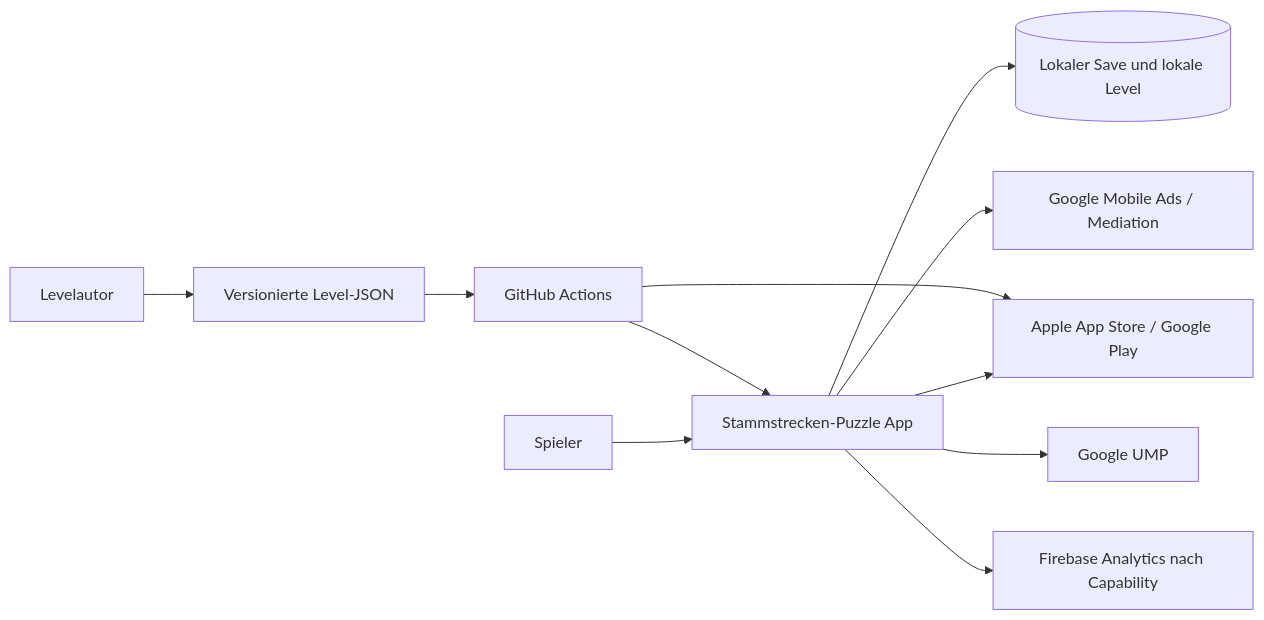
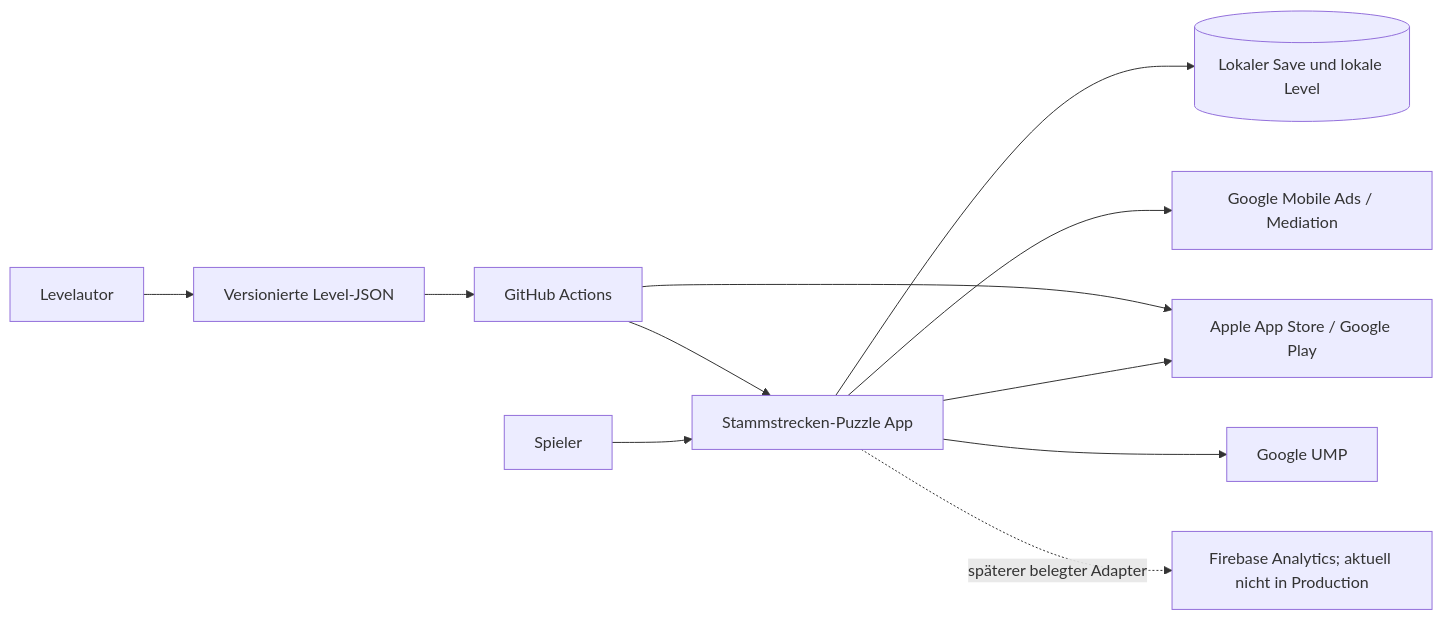
Before and after one commit to Al1l1l1l1l1/Stammstrecken-Puzzle: the diagram in ARCHITECTURE/ARCHITECTURE.md, drawn with Mermaid. The commit also changed other lines of this file and 37 other files, not shown here.

Commit message:
docs(architecture): close remaining review findings for v0.4

````diff
--- a/ARCHITECTURE/ARCHITECTURE.md
+++ b/ARCHITECTURE/ARCHITECTURE.md
@@ -32,13 +42,13 @@
 ```mermaid
 flowchart LR
     Player[Spieler] --> App[Stammstrecken-Puzzle App]
     App --> Local[(Lokaler Save und lokale Level)]
     App --> Stores[Apple App Store / Google Play]
     App --> Ads[Google Mobile Ads / Mediation]
     App --> Privacy[Google UMP]
-    App --> Telemetry[Firebase Analytics nach Capability]
+    App -. späterer belegter Adapter .-> Telemetry[Firebase Analytics; aktuell nicht in Production]
     CI[GitHub Actions] --> App
     CI --> Stores
     Author[Levelautor] --> Source[Versionierte Level-JSON]
     Source --> CI
 ```
````
